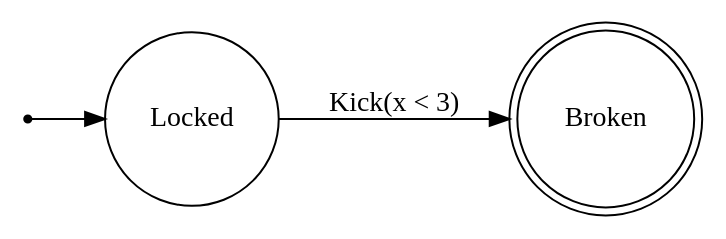
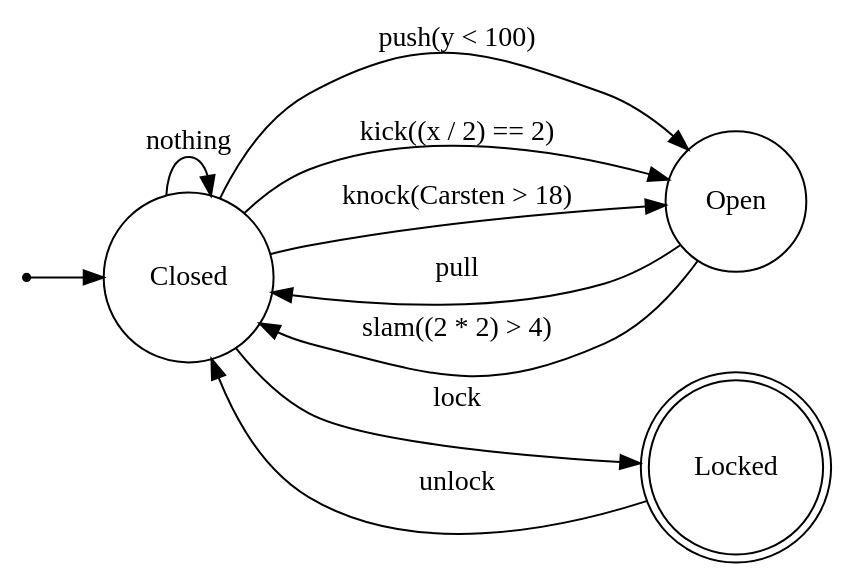
One commit to P4-Group2-Compiler/P4-State-Lang changed the diagram in output/DOT/graph.gv. Above: the diagram before and after it, drawn with Graphviz. The commit also changed 1 other file, not shown here.

```diff
--- a/output/DOT/graph.gv
+++ b/output/DOT/graph.gv
@@ -1,8 +1,15 @@
 digraph Door {
  rankdir = LR;
  node [shape = circle;];
  null [shape = point;];
-null -> Locked;
-Locked -> Broken [label="Kick(x < 3)"];
-Broken [shape = doublecircle;];
+null -> Closed;
+Closed -> Closed [label="nothing"];
+Closed -> Open [label="push(y < 100)"];
+Closed -> Open [label="kick((x / 2) == 2)"];
+Closed -> Open [label="knock(Carsten > 18)"];
+Closed -> Locked [label="lock"];
+Open -> Closed [label="pull"];
+Open -> Closed [label="slam((2 * 2) > 4)"];
+Locked -> Closed [label="unlock"];
+Locked [shape = doublecircle;];
 }
```
